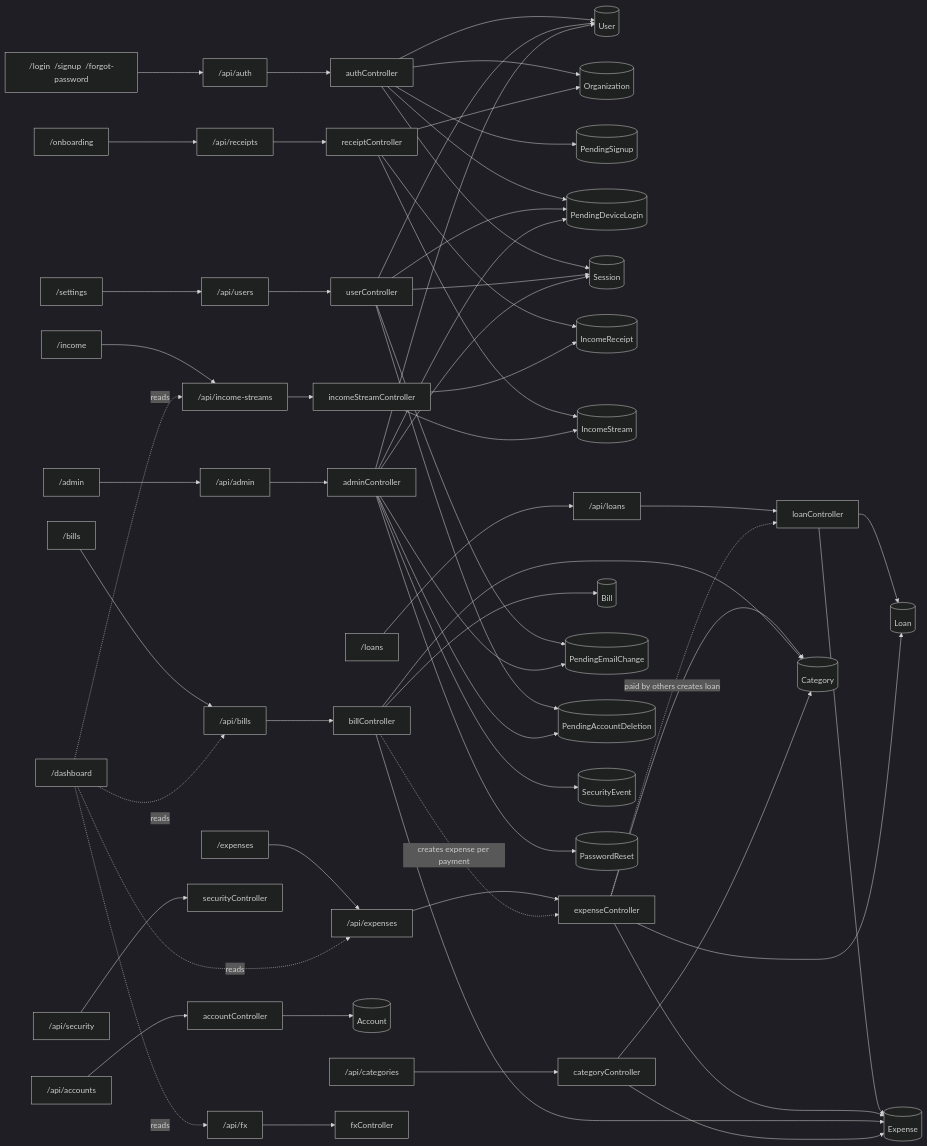
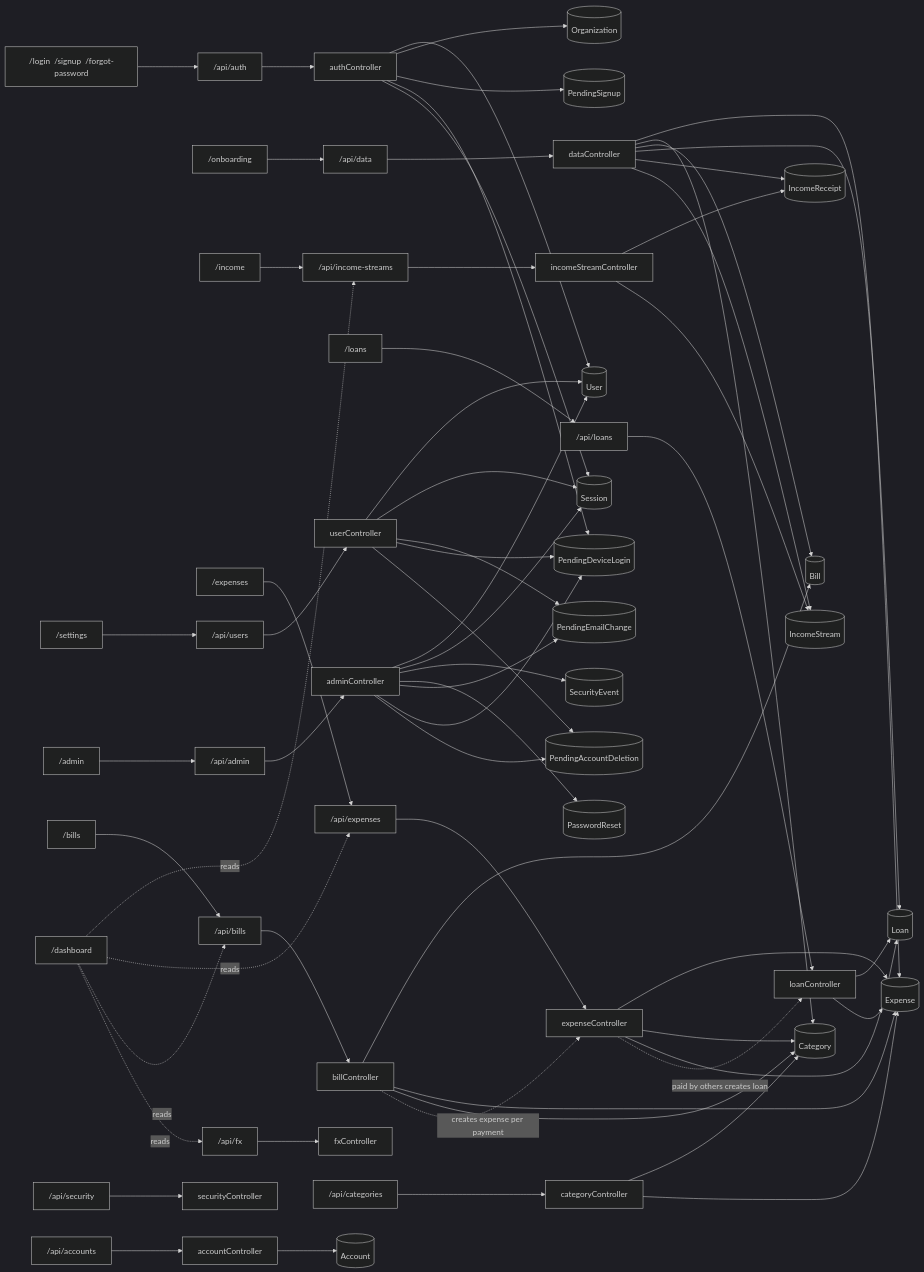
The second of 2 diagrams in docs/APP-MAP.md (MuhammadAliMinhas66X/VaultriX), drawn with Mermaid (dark theme) before and after one commit. The commit also changed other lines of this file and 1 other file, not shown here.

````diff
--- a/docs/APP-MAP.md
+++ b/docs/APP-MAP.md
@@ -21,67 +21,70 @@
 ```mermaid
 flowchart LR
   P_auth["/login  /signup  /forgot-password"] --> A_auth["/api/auth"]
   A_auth --> K_auth["authController"]
   K_auth --> M_User[("User")]
   K_auth --> M_Organization[("Organization")]
   K_auth --> M_PendingSignup[("PendingSignup")]
   K_auth --> M_PendingDeviceLogin[("PendingDeviceLogin")]
   K_auth --> M_Session[("Session")]
-  P_shared["/onboarding"] --> A_shared["/api/receipts"]
-  A_shared --> K_shared["receiptController"]
+  P_shared["/onboarding"] --> A_shared["/api/data"]
+  A_shared --> K_shared["dataController"]
+  K_shared --> M_Expense[("Expense")]
+  K_shared --> M_Category[("Category")]
+  K_shared --> M_Bill[("Bill")]
+  K_shared --> M_Loan[("Loan")]
   K_shared --> M_IncomeReceipt[("IncomeReceipt")]
   K_shared --> M_IncomeStream[("IncomeStream")]
-  K_shared --> M_Organization[("Organization")]
   P_dashboard["/dashboard"]
   P_income["/income"] --> A_income["/api/income-streams"]
   A_income --> K_income["incomeStreamController"]
   K_income --> M_IncomeReceipt[("IncomeReceipt")]
   K_income --> M_IncomeStream[("IncomeStream")]
   P_loans["/loans"] --> A_loans["/api/loans"]
   A_loans --> K_loans["loanController"]
   K_loans --> M_Loan[("Loan")]
   K_loans --> M_Expense[("Expense")]
   P_expenses["/expenses"] --> A_expenses["/api/expenses"]
   A_expenses --> K_expenses["expenseController"]
   K_expenses --> M_Expense[("Expense")]
   K_expenses --> M_Category[("Category")]
   K_expenses --> M_Loan[("Loan")]
   P_bills["/bills"] --> A_bills["/api/bills"]
   A_bills --> K_bills["billController"]
   K_bills --> M_Bill[("Bill")]
   K_bills --> M_Expense[("Expense")]
   K_bills --> M_Category[("Category")]
   P_settings["/settings"] --> A_settings["/api/users"]
   A_settings --> K_settings["userController"]
   K_settings --> M_User[("User")]
   K_settings --> M_Session[("Session")]
   K_settings --> M_PendingEmailChange[("PendingEmailChange")]
   K_settings --> M_PendingDeviceLogin[("PendingDeviceLogin")]
   K_settings --> M_PendingAccountDeletion[("PendingAccountDeletion")]
   P_admin["/admin"] --> A_admin["/api/admin"]
   A_admin --> K_admin["adminController"]
   K_admin --> M_User[("User")]
   K_admin --> M_Session[("Session")]
   K_admin --> M_SecurityEvent[("SecurityEvent")]
   K_admin --> M_PasswordReset[("PasswordReset")]
   K_admin --> M_PendingEmailChange[("PendingEmailChange")]
   K_admin --> M_PendingDeviceLogin[("PendingDeviceLogin")]
   K_admin --> M_PendingAccountDeletion[("PendingAccountDeletion")]
   A_security["/api/security"]
   A_security --> K_security["securityController"]
   A_accounts["/api/accounts"]
   A_accounts --> K_accounts["accountController"]
   K_accounts --> M_Account[("Account")]
   A_categories["/api/categories"]
   A_categories --> K_categories["categoryController"]
   K_categories --> M_Category[("Category")]
   K_categories --> M_Expense[("Expense")]
   A_rates["/api/fx"]
   A_rates --> K_rates["fxController"]
   P_dashboard -. reads .-> A_income
   P_dashboard -. reads .-> A_expenses
   P_dashboard -. reads .-> A_bills
   P_dashboard -. reads .-> A_rates
   K_bills -. creates expense per payment .-> K_expenses
   K_expenses -. paid by others creates loan .-> K_loans
 ```
````
